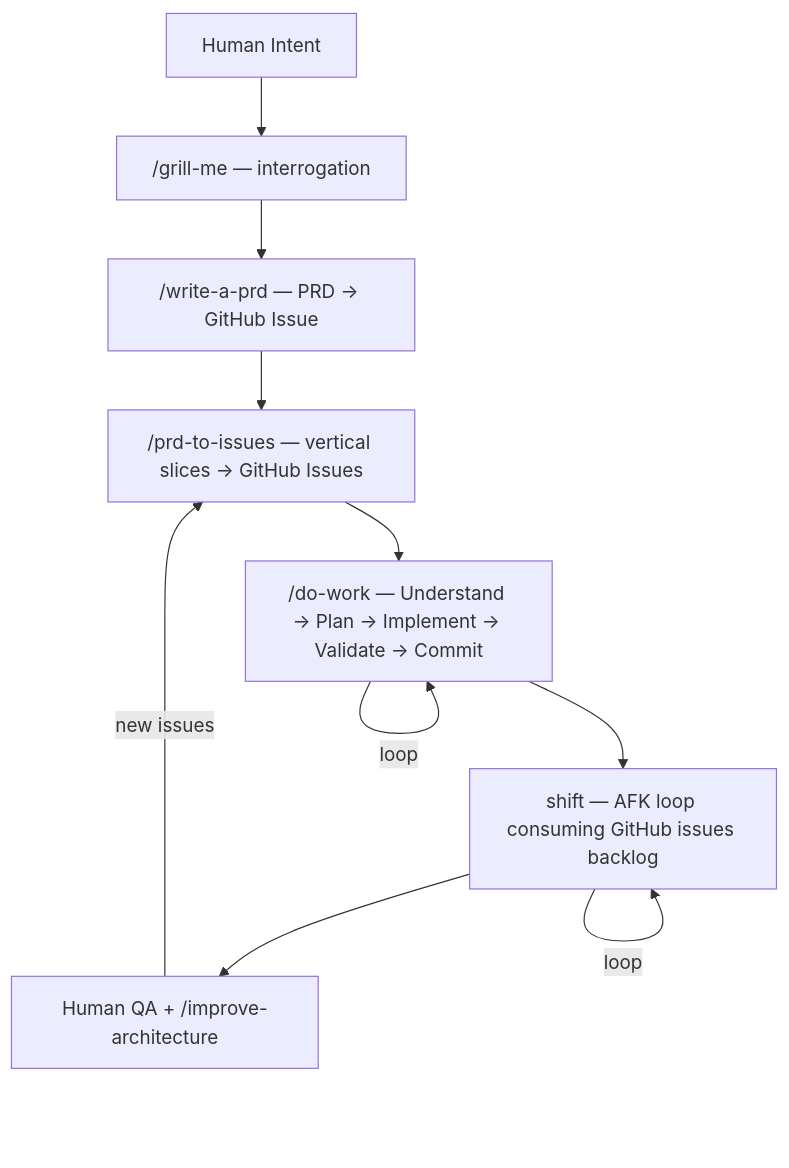
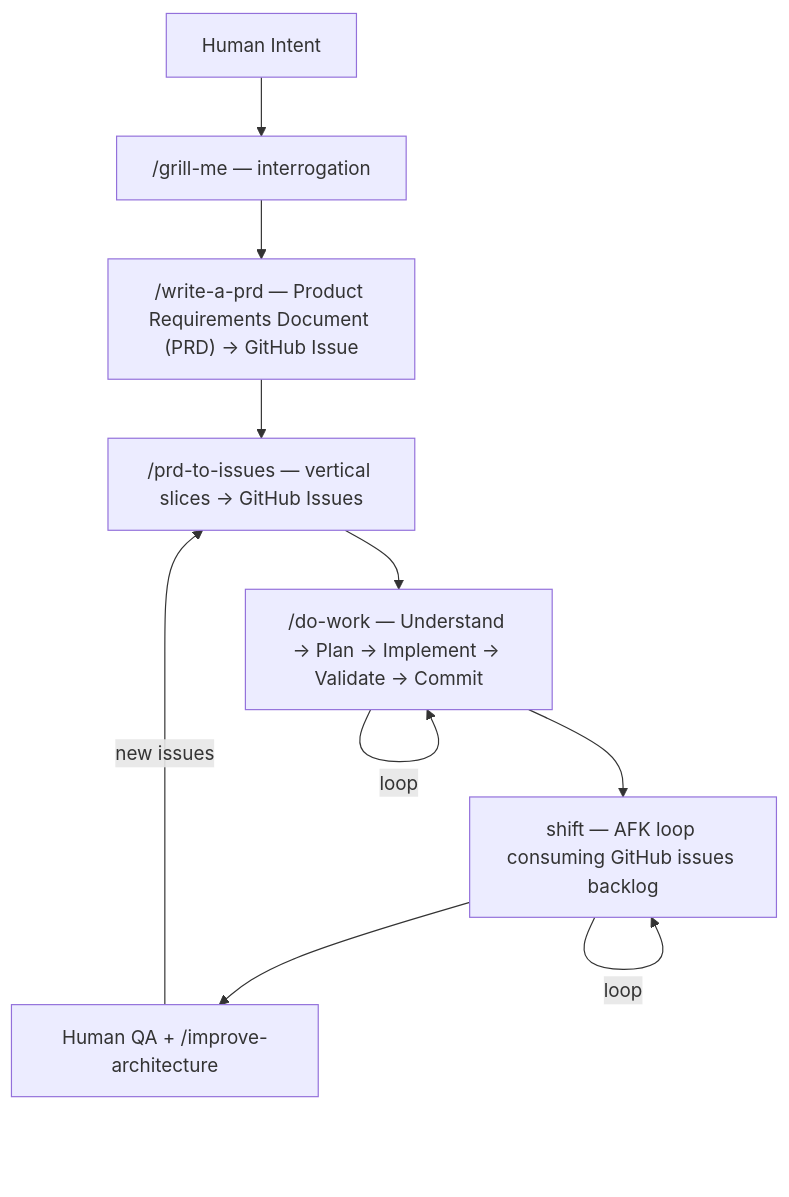
The diagram in README.md (arndvs/ctrlshft), drawn with Mermaid before and after one commit. The commit also changed other lines of this file and 13 other files, not shown here.

````diff
--- a/README.md
+++ b/README.md
@@ -24,12 +24,12 @@
 ```mermaid
 graph TD
     A[Human Intent] --> B["/grill-me — interrogation"]
-    B --> C["/write-a-prd — PRD → GitHub Issue"]
+    B --> C["/write-a-prd — Product Requirements Document (PRD) → GitHub Issue"]
     C --> D["/prd-to-issues — vertical slices → GitHub Issues"]
     D --> E["/do-work — Understand → Plan → Implement → Validate → Commit"]
     E -->|loop| E
     E --> F["shift — AFK loop consuming GitHub issues backlog"]
     F -->|loop| F
     F --> G["Human QA + /improve-architecture"]
     G -->|new issues| D
 ```
````
